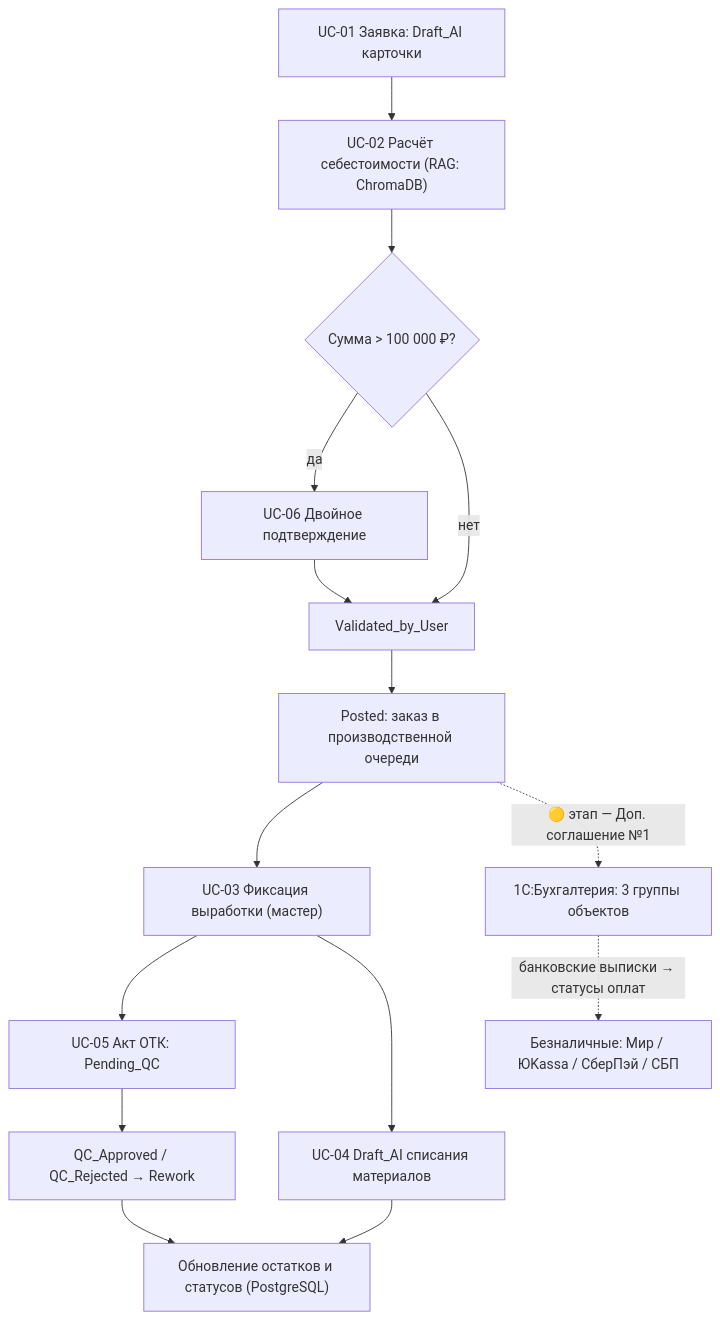
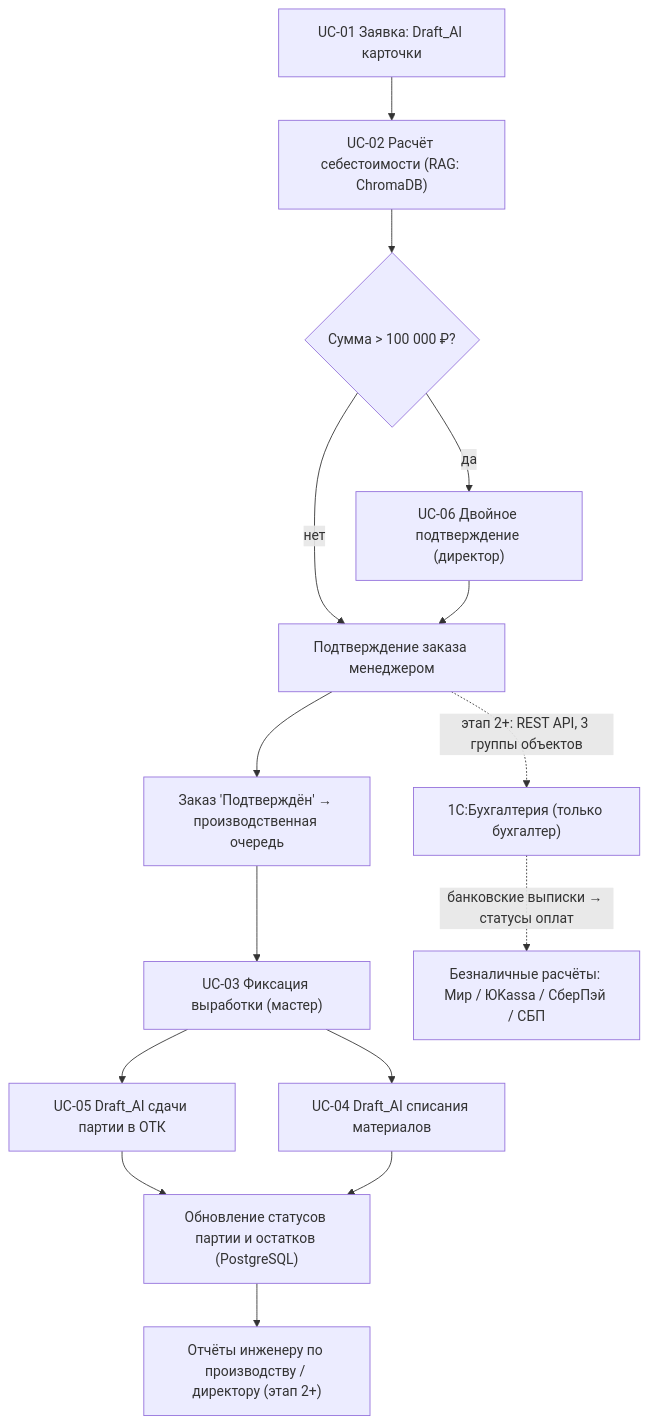
The first of 3 diagrams in docs/03-document3.md (andrzejabramov/ai-kbm), drawn with Mermaid before and after one commit. The commit also changed other lines of this file, not shown here.

````diff
--- a/docs/03-document3.md
+++ b/docs/03-document3.md
@@ -137,17 +137,17 @@
 ```mermaid
 flowchart TD
     A["UC-01 Заявка: Draft_AI карточки"] --> B["UC-02 Расчёт себестоимости (RAG: ChromaDB)"]
     B --> C{"Сумма > 100 000 ₽?"}
-    C -- да --> D["UC-06 Двойное подтверждение"]
-    C -- нет --> E["Validated_by_User"]
+    C -- да --> D["UC-06 Двойное подтверждение (директор)"]
+    C -- нет --> E["Подтверждение заказа менеджером"]
     D --> E
-    E --> F["Posted: заказ в производственной очереди"]
+    E --> F["Заказ 'Подтверждён' → производственная очередь"]
     F --> G["UC-03 Фиксация выработки (мастер)"]
-    G --> H["UC-05 Акт ОТК: Pending_QC"]
+    G --> H["UC-05 Draft_AI сдачи партии в ОТК"]
     G --> I["UC-04 Draft_AI списания материалов"]
-    H --> J["QC_Approved / QC_Rejected → Rework"]
-    I --> K["Обновление остатков и статусов (PostgreSQL)"]
-    J --> K
-    F -. "🟡 этап — Доп. соглашение №1" .-> L["1С:Бухгалтерия: 3 группы объектов"]
-    L -. "банковские выписки → статусы оплат" .-> M["Безналичные: Мир / ЮKassa / СберПэй / СБП"]
+    H --> J["Обновление статусов партии и остатков (PostgreSQL)"]
+    I --> J
+    J --> K["Отчёты инженеру по производству / директору (этап 2+)"]
+    E -. "этап 2+: REST API, 3 группы объектов" .-> L["1С:Бухгалтерия (только бухгалтер)"]
+    L -. "банковские выписки → статусы оплат" .-> M["Безналичные расчёты: Мир / ЮKassa / СберПэй / СБП"]
 ```
````
